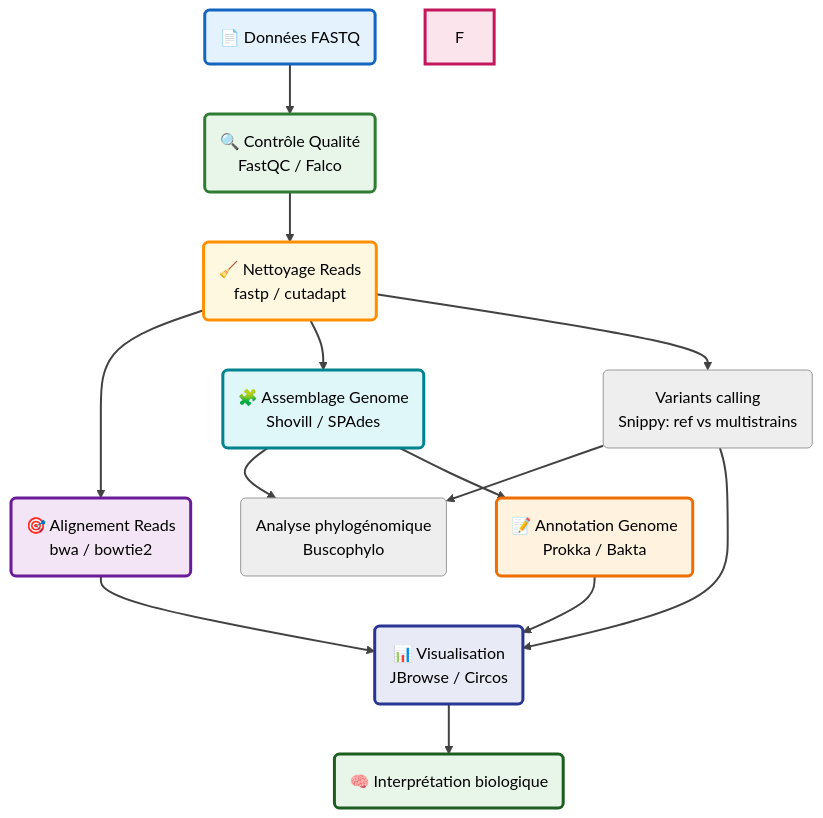
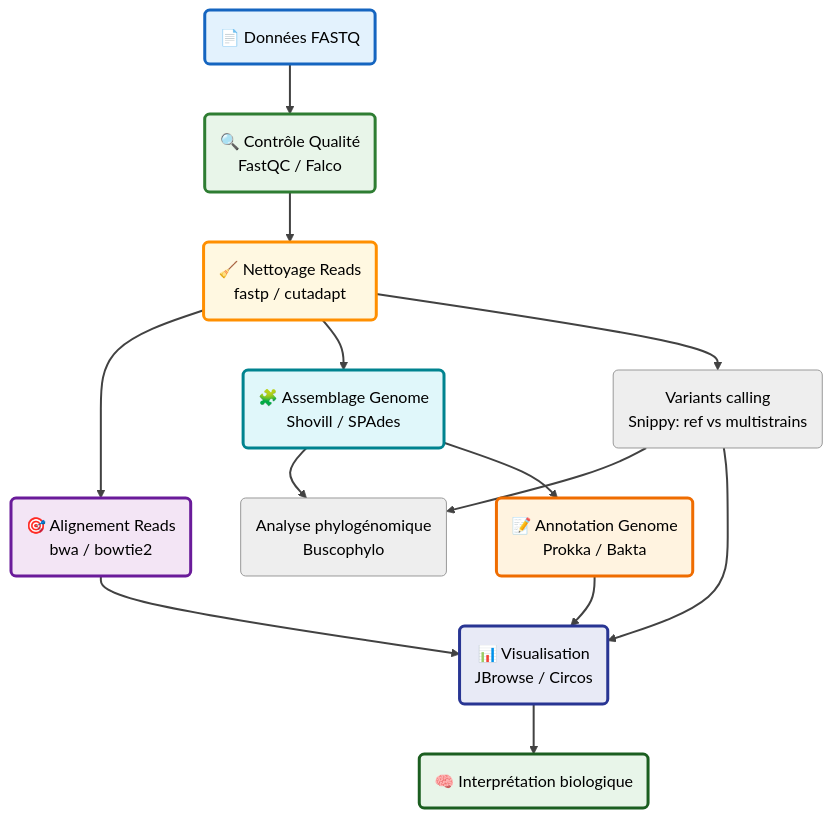
The first of 3 diagrams in Workshop_outline_ameliore.md (SolayMane/Bioinformatics-_On_Galaxy_2026), drawn with Mermaid (neutral theme) before and after one commit.

````diff
--- a/Workshop_outline_ameliore.md
+++ b/Workshop_outline_ameliore.md
@@ -40,57 +40,55 @@
 ```mermaid
 flowchart TD
 
     A("📄 Données FASTQ")
     B("🔍 Contrôle Qualité<br/>FastQC / Falco")
     C("🧹 Nettoyage Reads<br/>fastp / cutadapt")
 
     D("🎯 Alignement Reads<br/>bwa / bowtie2")
     E("🧩 Assemblage Genome<br/>Shovill / SPAdes")
     X(" Variants calling<br/>Snippy: ref vs multistrains")
     Z("Analyse phylogénomique<br/>Buscophylo")
 
     
     
     G("📝 Annotation Genome<br/>Prokka / Bakta")
 
     H("📊 Visualisation<br/>JBrowse / Circos")
     I("🧠 Interprétation biologique")
 
     A --> B
     B --> C
-
     C --> D
     C --> E
     C --> X
     E --> Z
     X --> Z
     D --> H
     E --> G
     X --> H
     G --> H
-
     H --> I
 
     %% =========================
     %% Couleurs des noeuds
     %% =========================
 
     style A fill:#e3f2fd,stroke:#1565c0,stroke-width:3px,color:#000
     style B fill:#e8f5e9,stroke:#2e7d32,stroke-width:3px,color:#000
     style C fill:#fff8e1,stroke:#ff8f00,stroke-width:3px,color:#000
 
     style D fill:#f3e5f5,stroke:#6a1b9a,stroke-width:3px,color:#000
     style E fill:#e0f7fa,stroke:#00838f,stroke-width:3px,color:#000
 
-    style F fill:#fce4ec,stroke:#c2185b,stroke-width:3px,color:#000
+  
     style G fill:#fff3e0,stroke:#ef6c00,stroke-width:3px,color:#000
 
     style H fill:#e8eaf6,stroke:#283593,stroke-width:3px,color:#000
     style I fill:#e8f5e9,stroke:#1b5e20,stroke-width:3px,color:#000
 
     %% =========================
     %% Style des liens
     %% =========================
 
     linkStyle default stroke:#424242,stroke-width:2px
 ```
````
